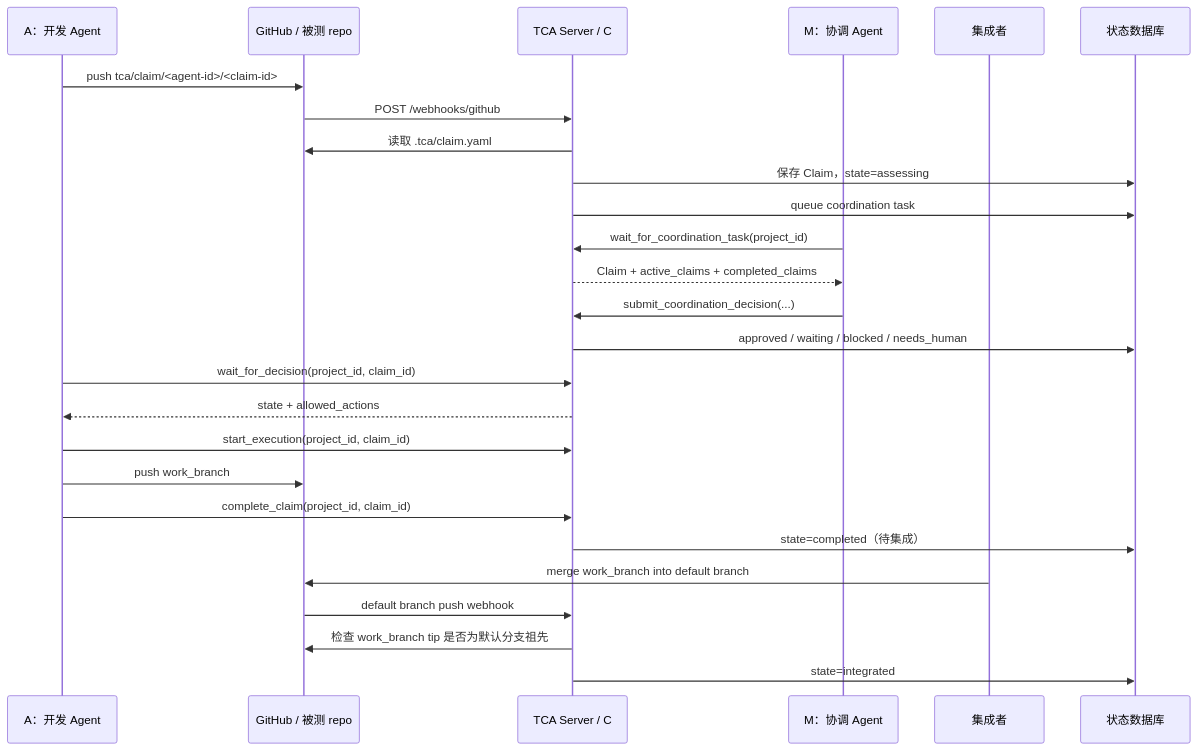
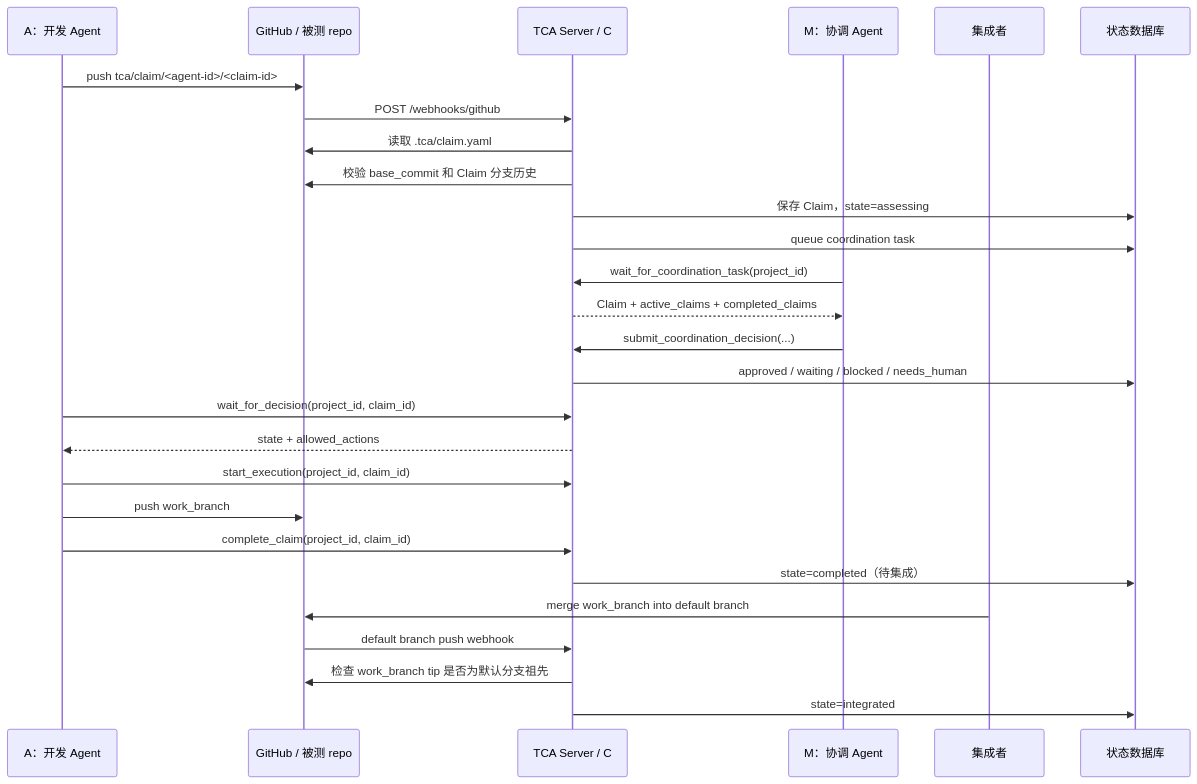
One commit to yigezong/tca changed the second of 2 diagrams in docs/tca-guide.md. Above: the diagram before and after it, drawn with Mermaid. The commit also changed other lines of this file and 12 other files, not shown here.

````diff
--- a/docs/tca-guide.md
+++ b/docs/tca-guide.md
@@ -45,29 +45,30 @@
 ```mermaid
 sequenceDiagram
     participant A as A：开发 Agent
     participant Git as GitHub / 被测 repo
     participant C as TCA Server / C
     participant M as M：协调 Agent
     participant I as 集成者
     participant DB as 状态数据库
 
     A->>Git: push tca/claim/<agent-id>/<claim-id>
     Git->>C: POST /webhooks/github
     C->>Git: 读取 .tca/claim.yaml
+    C->>Git: 校验 base_commit 和 Claim 分支历史
     C->>DB: 保存 Claim，state=assessing
     C->>DB: queue coordination task
     M->>C: wait_for_coordination_task(project_id)
     C-->>M: Claim + active_claims + completed_claims
     M->>C: submit_coordination_decision(...)
     C->>DB: approved / waiting / blocked / needs_human
     A->>C: wait_for_decision(project_id, claim_id)
     C-->>A: state + allowed_actions
     A->>C: start_execution(project_id, claim_id)
     A->>Git: push work_branch
     A->>C: complete_claim(project_id, claim_id)
     C->>DB: state=completed（待集成）
     I->>Git: merge work_branch into default branch
     Git->>C: default branch push webhook
     C->>Git: 检查 work_branch tip 是否为默认分支祖先
     C->>DB: state=integrated
 ```
````
